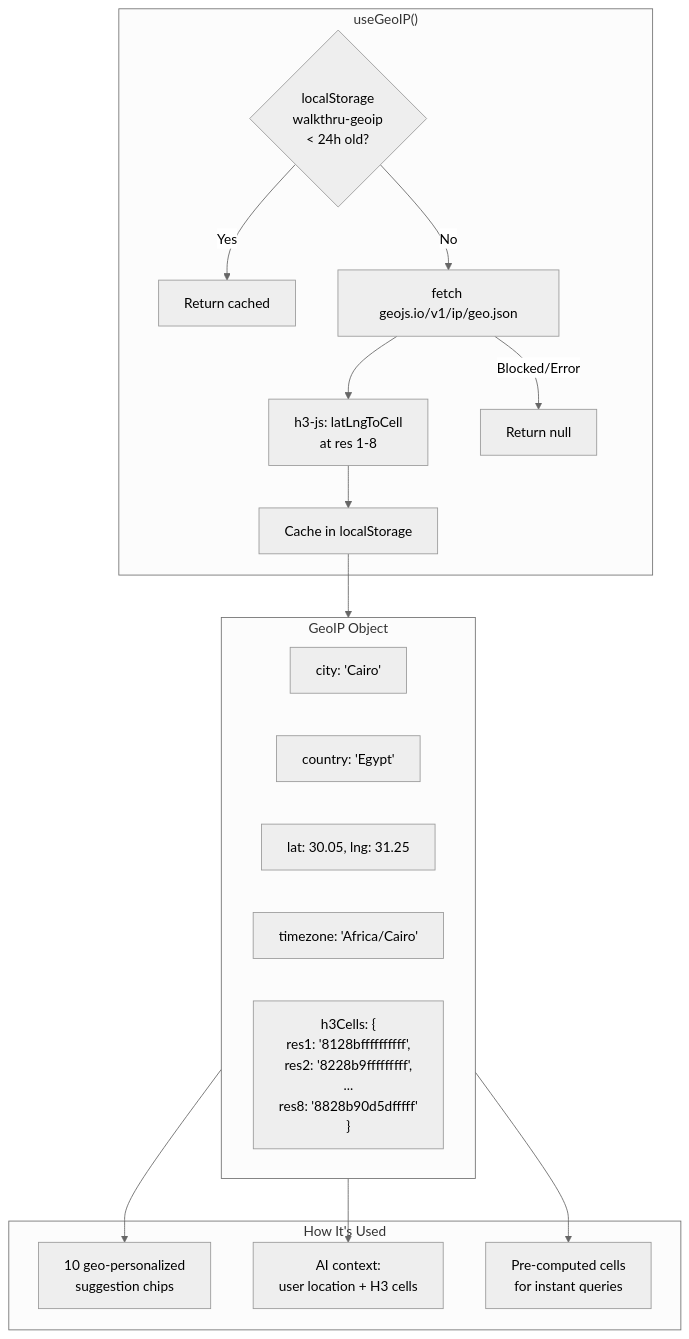
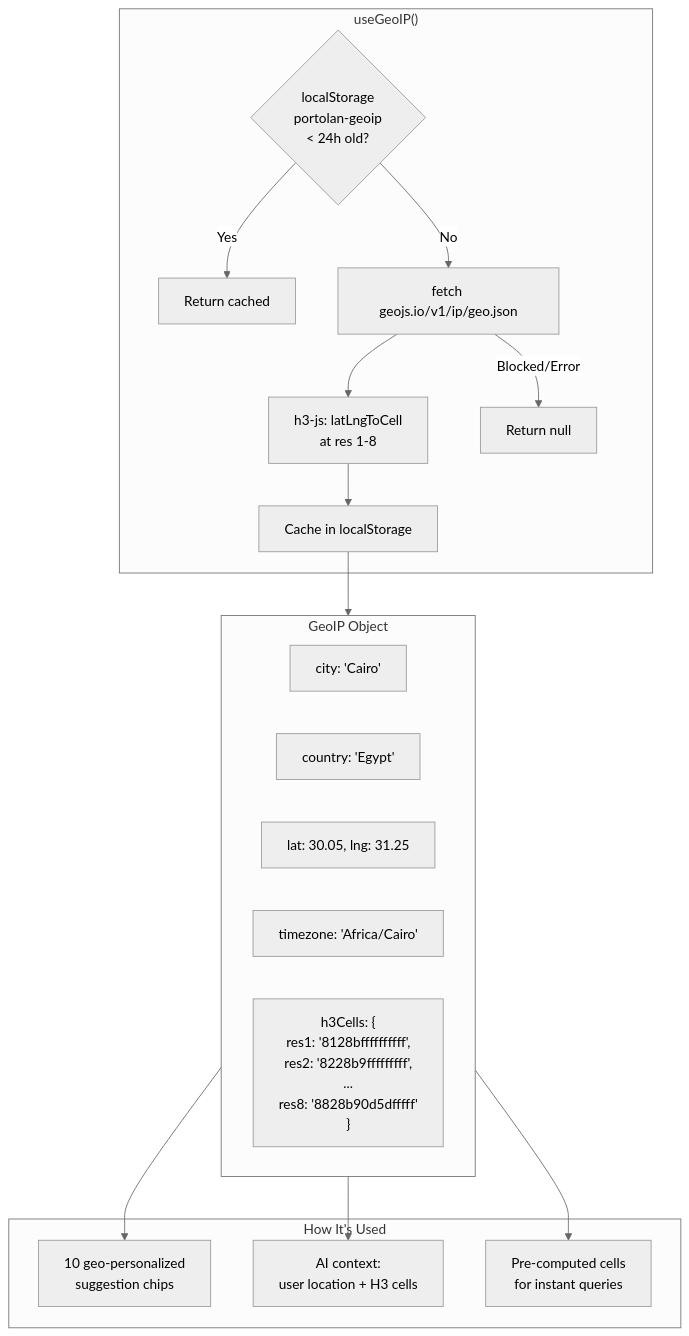
One commit to CartoDB/portolan-ai changed diagram 29 of 30 in ARCHITECTURE.md. Above: the diagram before and after it, drawn with Mermaid (neutral theme). The commit also changed other lines of this file and 6 other files, not shown here.

First line of the commit message:
docs: sync CLAUDE.md, rules and ARCHITECTURE.md with current code

````diff
--- a/ARCHITECTURE.md
+++ b/ARCHITECTURE.md
@@ -1066,30 +1066,30 @@
 ```mermaid
 flowchart TB
     subgraph Fetch["useGeoIP()"]
-        Cache{"localStorage<br/>walkthru-geoip<br/>< 24h old?"}
+        Cache{"localStorage<br/>portolan-geoip<br/>< 24h old?"}
         Cache -->|Yes| Cached[Return cached]
         Cache -->|No| API["fetch geojs.io/v1/ip/geo.json"]
         API --> H3Compute["h3-js: latLngToCell<br/>at res 1-8"]
         H3Compute --> Store_G["Cache in localStorage"]
         API -->|Blocked/Error| Null[Return null]
     end
 
     subgraph GeoIP_Data["GeoIP Object"]
         City["city: 'Cairo'"]
         Country["country: 'Egypt'"]
         LatLng["lat: 30.05, lng: 31.25"]
         TZ["timezone: 'Africa/Cairo'"]
         Cells["h3Cells: {<br/>  res1: '8128bffffffffff',<br/>  res2: '8228b9fffffffff',<br/>  ...<br/>  res8: '8828b90d5dfffff'<br/>}"]
     end
 
     subgraph Usage["How It's Used"]
         Suggestions_U["10 geo-personalized<br/>suggestion chips"]
         Context_U["AI context:<br/>user location + H3 cells"]
         SQL_U["Pre-computed cells<br/>for instant queries"]
     end
 
     Store_G --> GeoIP_Data
     GeoIP_Data --> Suggestions_U
     GeoIP_Data --> Context_U
     GeoIP_Data --> SQL_U
 ```
````
